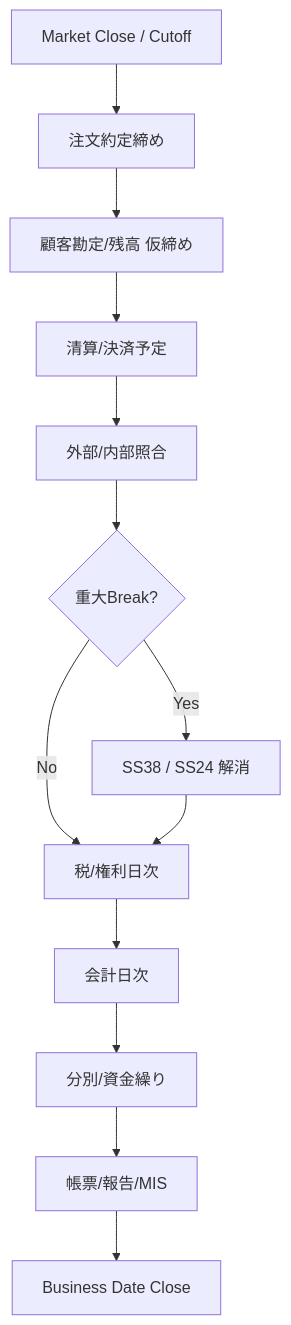
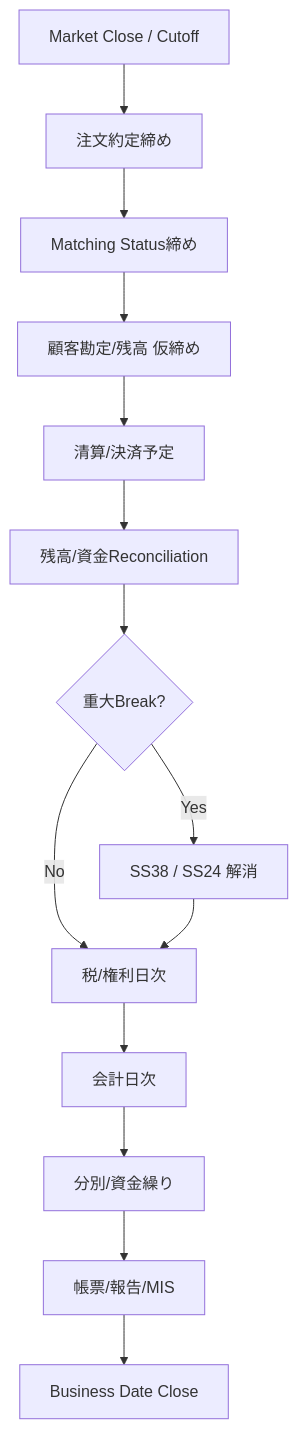
Before and after one commit to skyTreeCN/jp-securitie-skills: the fourth of 5 diagrams in docs/01-architecture/END_TO_END_FLOW.md, drawn with Mermaid. The commit also changed other lines of this file, not shown here.

Commit message:
Update end-to-end flows for v0.4 architecture

````diff
--- a/docs/01-architecture/END_TO_END_FLOW.md
+++ b/docs/01-architecture/END_TO_END_FLOW.md
@@ -306,15 +275,16 @@
 ```mermaid
 flowchart TD
   C[Market Close / Cutoff] --> O[注文約定締め]
-  O --> B[顧客勘定/残高 仮締め]
+  O --> M[Matching Status締め]
+  M --> B[顧客勘定/残高 仮締め]
   B --> CL[清算/決済予定]
-  CL --> RC[外部/内部照合]
+  CL --> RC[残高/資金Reconciliation]
   RC --> EX{重大Break?}
   EX -- Yes --> WF[SS38 / SS24 解消]
   EX -- No --> T[税/権利日次]
   WF --> T
   T --> A[会計日次]
   A --> S[分別/資金繰り]
   S --> R[帳票/報告/MIS]
   R --> D[Business Date Close]
 ```
````
